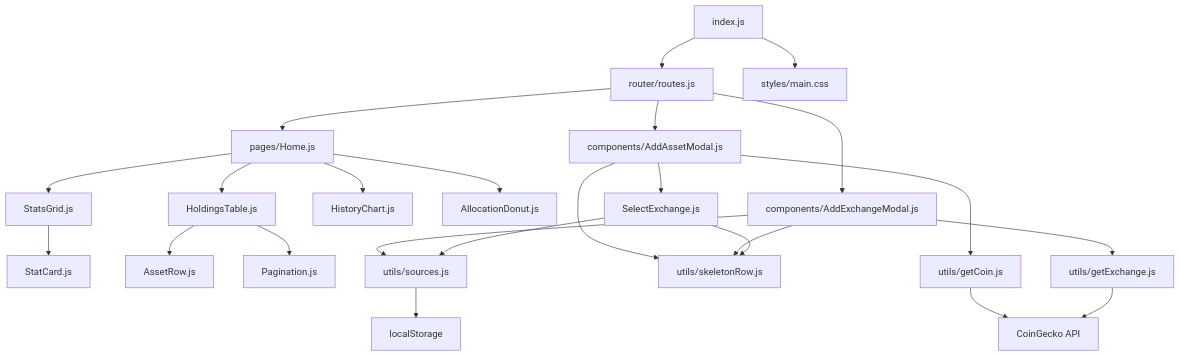
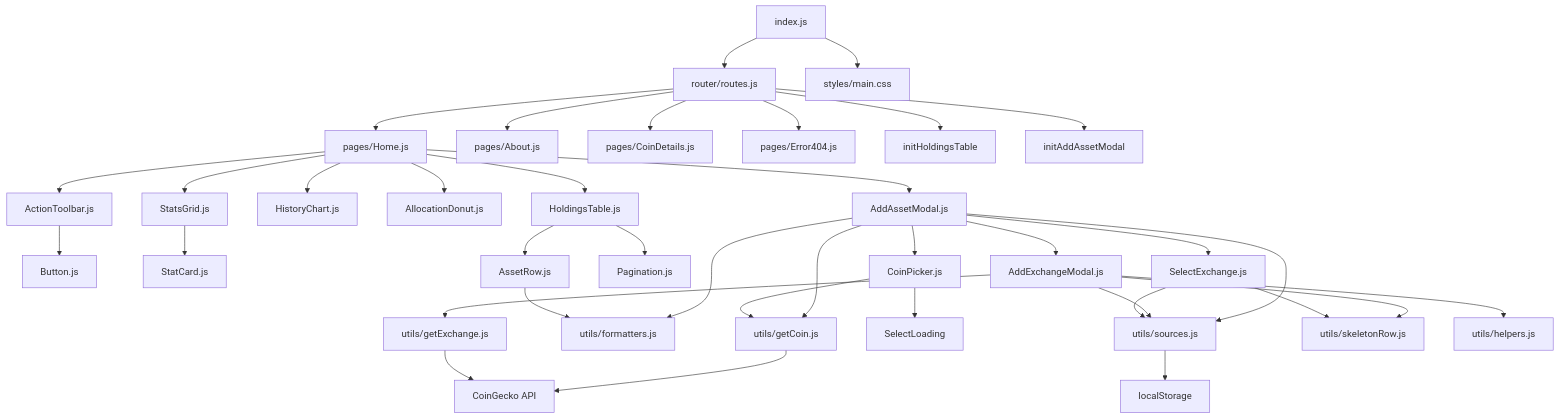
Before and after one commit to EdGonzz/caletaJS: the diagram in docs/arquitectura/README.md, drawn with Mermaid. The commit also changed other lines of this file and 14 other files, not shown here.

````diff
--- a/docs/arquitectura/README.md
+++ b/docs/arquitectura/README.md
@@ -84,33 +91,48 @@
 ```mermaid
 graph TD
     Entry["index.js"] --> Router["router/routes.js"]
     Entry --> Styles["styles/main.css"]
 
     Router --> Home["pages/Home.js"]
-    Router --> Modal["components/AddAssetModal.js"]
-    Router --> ExModal["components/AddExchangeModal.js"]
+    Router --> About["pages/About.js"]
+    Router --> CoinDetails["pages/CoinDetails.js"]
+    Router --> Error404["pages/Error404.js"]
+    Router --> InitTable["initHoldingsTable"]
+    Router --> InitModal["initAddAssetModal"]
 
+    Home --> ActionToolbar["ActionToolbar.js"]
     Home --> StatsGrid["StatsGrid.js"]
     Home --> Chart["HistoryChart.js"]
     Home --> Donut["AllocationDonut.js"]
     Home --> Table["HoldingsTable.js"]
+    Home --> Modal["AddAssetModal.js"]
 
+    ActionToolbar --> Button["Button.js"]
     StatsGrid --> StatCard["StatCard.js"]
     Table --> AssetRow["AssetRow.js"]
     Table --> Pagination["Pagination.js"]
 
     Modal --> SelectEx["SelectExchange.js"]
+    Modal --> CoinPicker["CoinPicker.js"]
     Modal --> getCoin["utils/getCoin.js"]
-    Modal --> Skeleton["utils/skeletonRow.js"]
+    Modal --> ExModal["AddExchangeModal.js"]
+    Modal --> Formatters["utils/formatters.js"]
+    Modal --> Sources["utils/sources.js"]
+
+    CoinPicker --> getCoin
+    CoinPicker --> SelectExLoading["SelectLoading"]
 
     ExModal --> getExchange["utils/getExchange.js"]
-    ExModal --> Sources["utils/sources.js"]
-    ExModal --> Skeleton
+    ExModal --> Sources
+    ExModal --> Skeleton["utils/skeletonRow.js"]
+    ExModal --> Debounce["utils/helpers.js"]
 
     SelectEx --> Sources
     SelectEx --> Skeleton
+
+    AssetRow --> Formatters
 
     getCoin --> API["CoinGecko API"]
     getExchange --> API
     Sources --> LS["localStorage"]
 ```
````
